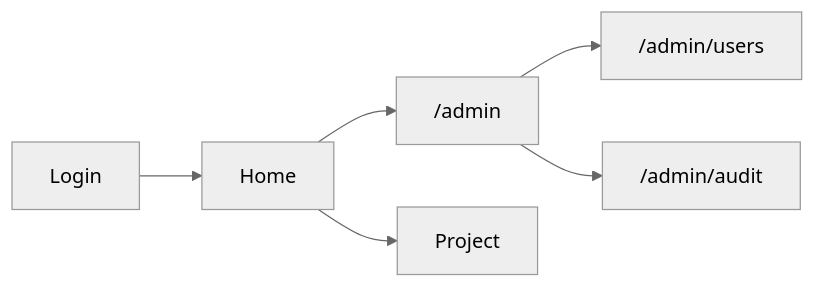
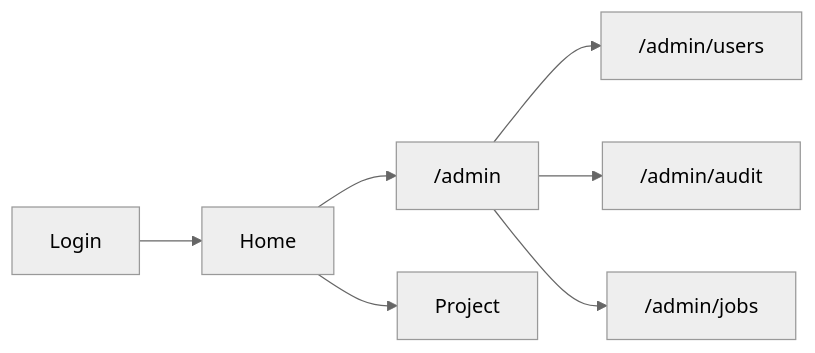
Before and after one commit to ktauchert/triage-ops: the second of 2 diagrams in docs/dashboard-restructure.md, drawn with Mermaid (neutral theme). The commit also changed other lines of this file and 13 other files, not shown here.

````diff
--- a/docs/dashboard-restructure.md
+++ b/docs/dashboard-restructure.md
@@ -62,8 +63,9 @@
 ```mermaid
 flowchart LR
   Login --> Home
   Home --> Admin["/admin"]
   Admin --> Users["/admin/users"]
   Admin --> Audit["/admin/audit"]
+  Admin --> Jobs["/admin/jobs"]
   Home --> Project
 ```
````
